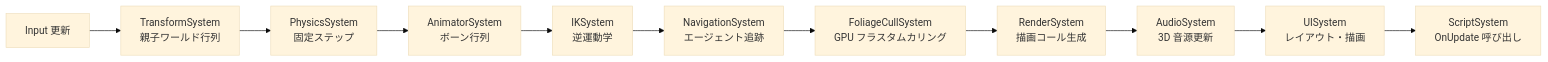
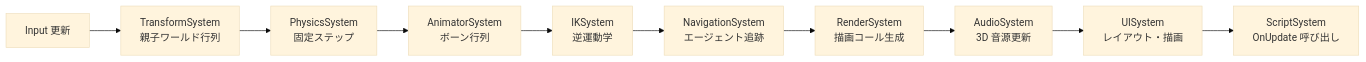
The third of 3 diagrams in README.md (HasegawaJin/FBZZ_Engine), drawn with Mermaid (base theme) before and after one commit. The commit also changed other lines of this file and 84 other files, not shown here.

````diff
--- a/README.md
+++ b/README.md
@@ -494,16 +486,15 @@
 ```mermaid
 graph LR
     IN["Input 更新"]
     TR["TransformSystem\n親子ワールド行列"]
     PH["PhysicsSystem\n固定ステップ"]
     AN["AnimatorSystem\nボーン行列"]
     IK["IKSystem\n逆運動学"]
     NV["NavigationSystem\nエージェント追跡"]
-    FC["FoliageCullSystem\nGPU フラスタムカリング"]
     RS["RenderSystem\n描画コール生成"]
     AU["AudioSystem\n3D 音源更新"]
     UI["UISystem\nレイアウト・描画"]
     SC["ScriptSystem\nOnUpdate 呼び出し"]
 
-    IN --> TR --> PH --> AN --> IK --> NV --> FC --> RS --> AU --> UI --> SC
+    IN --> TR --> PH --> AN --> IK --> NV --> RS --> AU --> UI --> SC
 ```
````
